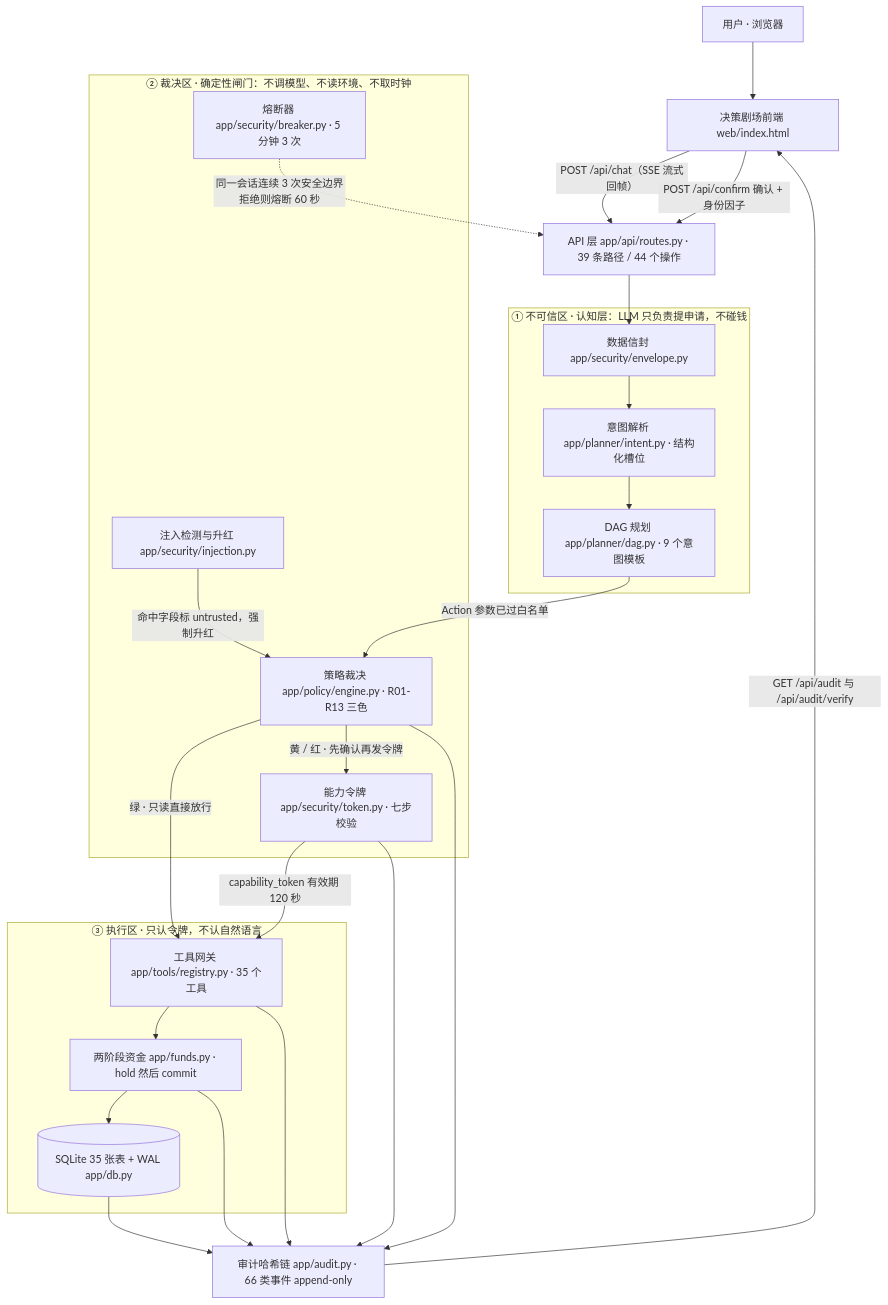
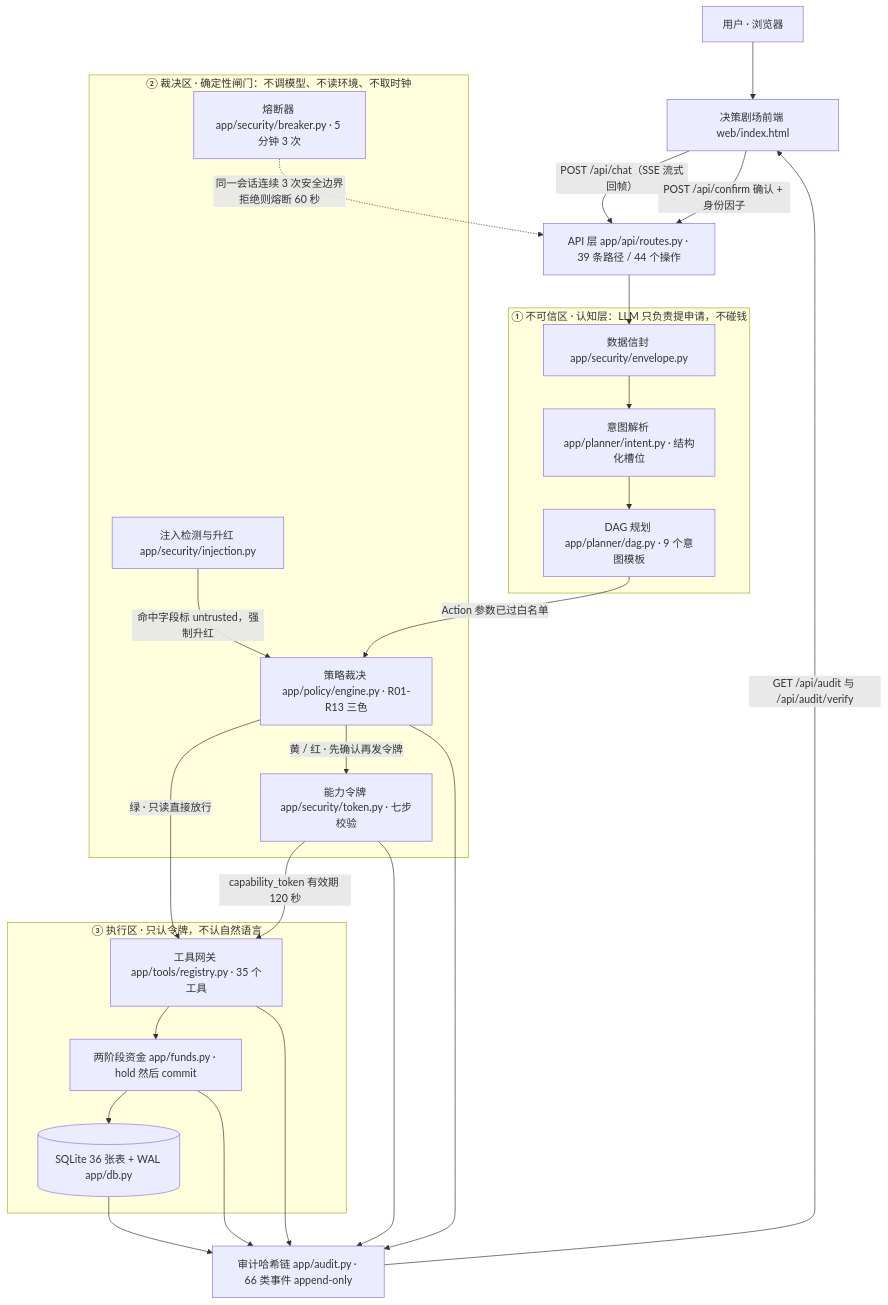
One commit to peng6yu/banking-agent changed the first of 2 diagrams in docs/技术文档.md. Above: the diagram before and after it, drawn with Mermaid. The commit also changed other lines of this file and 34 other files, not shown here.

````diff
--- a/docs/技术文档.md
+++ b/docs/技术文档.md
@@ -56,42 +56,42 @@
 ```mermaid
 flowchart TD
     U["用户 · 浏览器"] --> FE["决策剧场前端 web/index.html"]
     FE -->|"POST /api/chat（SSE 流式回帧）"| API["API 层 app/api/routes.py · 39 条路径 / 44 个操作"]
     FE -->|"POST /api/confirm 确认 + 身份因子"| API
 
     subgraph L1["① 不可信区 · 认知层：LLM 只负责提申请，不碰钱"]
         ENV["数据信封 app/security/envelope.py"]
         INT["意图解析 app/planner/intent.py · 结构化槽位"]
         DAG["DAG 规划 app/planner/dag.py · 9 个意图模板"]
     end
 
     subgraph L2["② 裁决区 · 确定性闸门：不调模型、不读环境、不取时钟"]
         INJ["注入检测与升红 app/security/injection.py"]
         PE["策略裁决 app/policy/engine.py · R01-R13 三色"]
         TK["能力令牌 app/security/token.py · 七步校验"]
         BRK["熔断器 app/security/breaker.py · 5 分钟 3 次"]
     end
 
     subgraph L3["③ 执行区 · 只认令牌，不认自然语言"]
         REG["工具网关 app/tools/registry.py · 35 个工具"]
         FND["两阶段资金 app/funds.py · hold 然后 commit"]
-        DB[("SQLite 35 张表 + WAL app/db.py")]
+        DB[("SQLite 36 张表 + WAL app/db.py")]
     end
 
     AUD["审计哈希链 app/audit.py · 66 类事件 append-only"]
 
     API --> ENV --> INT --> DAG
     DAG -->|"Action 参数已过白名单"| PE
     INJ -->|"命中字段标 untrusted，强制升红"| PE
     PE -->|"绿 · 只读直接放行"| REG
     PE -->|"黄 / 红 · 先确认再发令牌"| TK
     TK -->|"capability_token 有效期 120 秒"| REG
     BRK -.->|"同一会话连续 3 次安全边界拒绝则熔断 60 秒"| API
     REG --> FND --> DB
     REG --> AUD
     FND --> AUD
     PE --> AUD
     TK --> AUD
     DB --> AUD
     AUD -->|"GET /api/audit 与 /api/audit/verify"| FE
 ```
````
